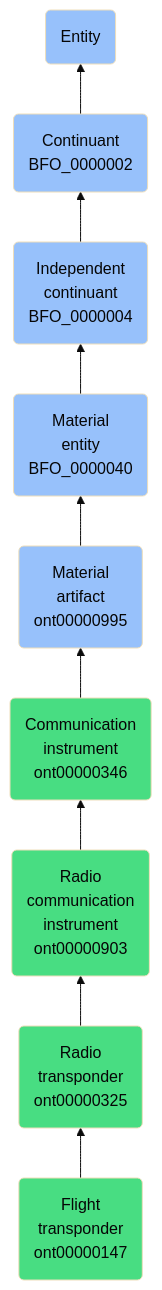
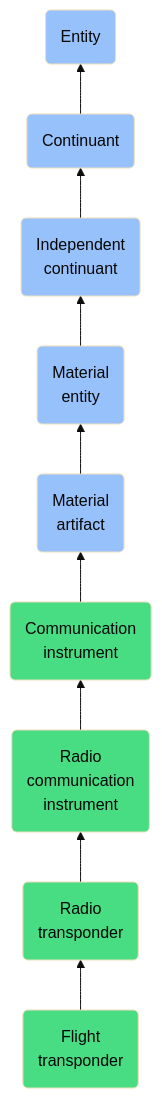
Before and after one commit to jupyter-naas/abi: the diagram in docs/ontology/reference/model/Entity/Continuant/Independent continuant/Material entity/Material artifact/Communication instrument/Radio communication instrument/Radio transponder/Flight transponder/Flight transponder.md, drawn with Mermaid (base theme). The commit also changed other lines of this file and 1430 other files, not shown here.

````diff
--- a/docs/ontology/reference/model/Entity/Continuant/Independent continuant/Material entity/Material artifact/Communication instrument/Radio communication instrument/Radio transponder/Flight transponder/Flight transponder.md
+++ b/docs/ontology/reference/model/Entity/Continuant/Independent continuant/Material entity/Material artifact/Communication instrument/Radio communication instrument/Radio transponder/Flight transponder/Flight transponder.md
@@ -24,16 +24,16 @@
 ```mermaid
 graph BT
-    ont00000147(Flight<br>transponder<br>ont00000147):::ABI-->ont00000325
-    ont00000325(Radio<br>transponder<br>ont00000325):::ABI-->ont00000903
-    ont00000903(Radio<br>communication<br>instrument<br>ont00000903):::ABI-->ont00000346
-    ont00000346(Communication<br>instrument<br>ont00000346):::ABI-->ont00000995
-    ont00000995(Material<br>artifact<br>ont00000995):::BFO-->BFO_0000040
-    BFO_0000040(Material<br>entity<br>BFO_0000040):::BFO-->BFO_0000004
-    BFO_0000004(Independent<br>continuant<br>BFO_0000004):::BFO-->BFO_0000002
-    BFO_0000002(Continuant<br>BFO_0000002):::BFO-->BFO_0000001
+    ont00000147(Flight<br>transponder):::ABI-->ont00000325
+    ont00000325(Radio<br>transponder):::ABI-->ont00000903
+    ont00000903(Radio<br>communication<br>instrument):::ABI-->ont00000346
+    ont00000346(Communication<br>instrument):::ABI-->ont00000995
+    ont00000995(Material<br>artifact):::BFO-->BFO_0000040
+    BFO_0000040(Material<br>entity):::BFO-->BFO_0000004
+    BFO_0000004(Independent<br>continuant):::BFO-->BFO_0000002
+    BFO_0000002(Continuant):::BFO-->BFO_0000001
     BFO_0000001(Entity):::BFO
     
     classDef BFO fill:#97c1fb,color:#060606
     classDef CCO fill:#e4c51e,color:#060606
     classDef ABI fill:#48DD82,color:#060606
 ```
````
